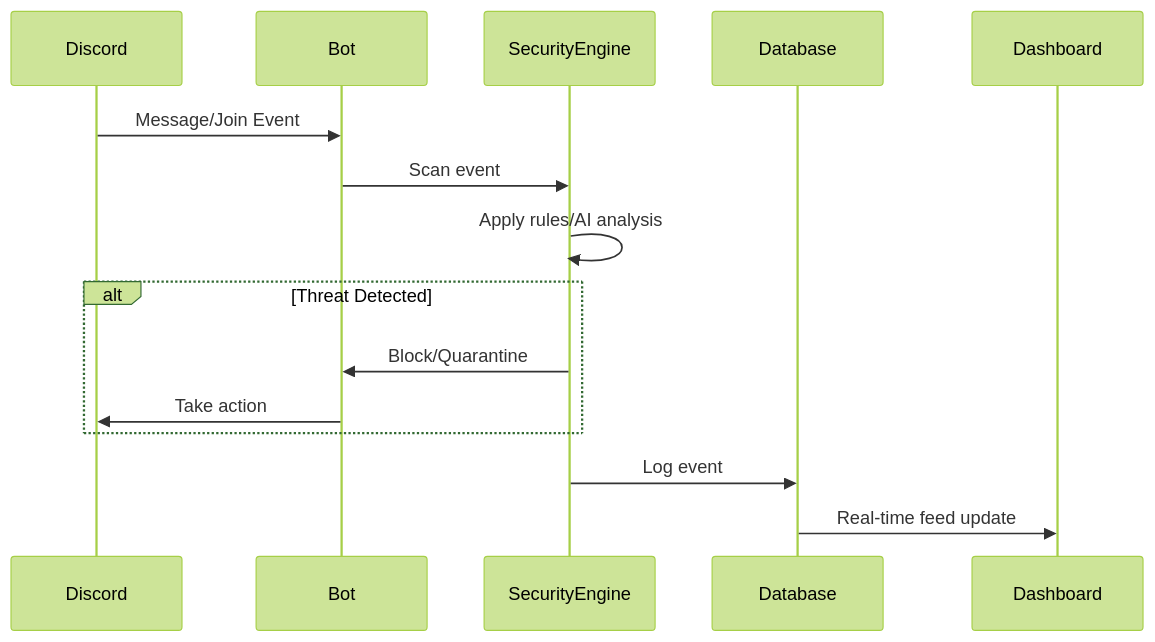
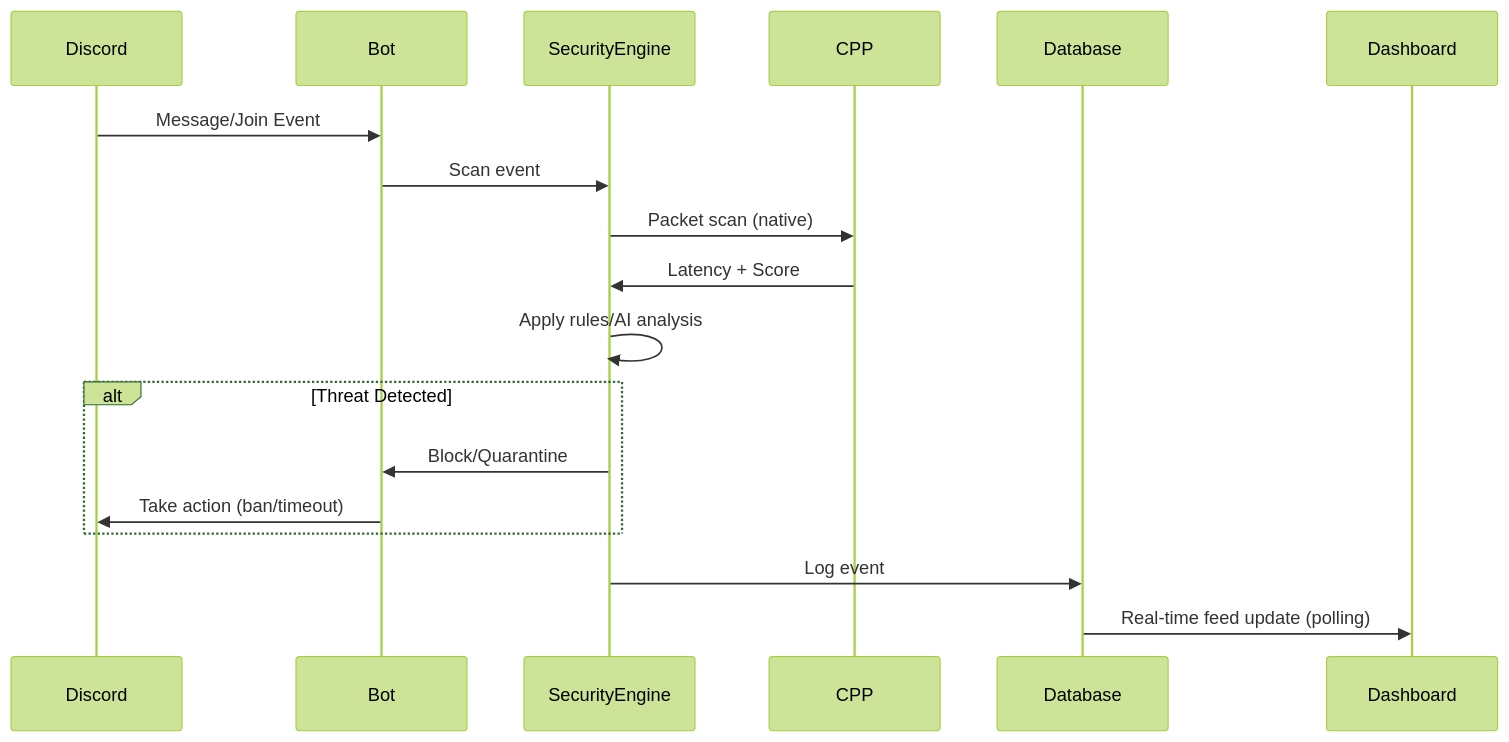
One commit to rxaimbot3-design/Testing-Bot changed the third of 4 diagrams in ARCHITECTURE.md. Above: the diagram before and after it, drawn with Mermaid (forest theme). The commit also changed other lines of this file and 32 other files, not shown here.

First line of the commit message:
feat(security): implement modular security pipeline and enhanced C++ engine

````diff
--- a/ARCHITECTURE.md
+++ b/ARCHITECTURE.md
@@ -123,18 +248,21 @@
 ```mermaid
 sequenceDiagram
     participant Discord
     participant Bot
     participant SecurityEngine
+    participant CPP
     participant Database
     participant Dashboard
 
     Discord->>Bot: Message/Join Event
     Bot->>SecurityEngine: Scan event
+    SecurityEngine->>CPP: Packet scan (native)
+    CPP->>SecurityEngine: Latency + Score
     SecurityEngine->>SecurityEngine: Apply rules/AI analysis
     alt Threat Detected
         SecurityEngine->>Bot: Block/Quarantine
-        Bot->>Discord: Take action
+        Bot->>Discord: Take action (ban/timeout)
     end
     SecurityEngine->>Database: Log event
-    Database->>Dashboard: Real-time feed update
+    Database->>Dashboard: Real-time feed update (polling)
 ```
````
